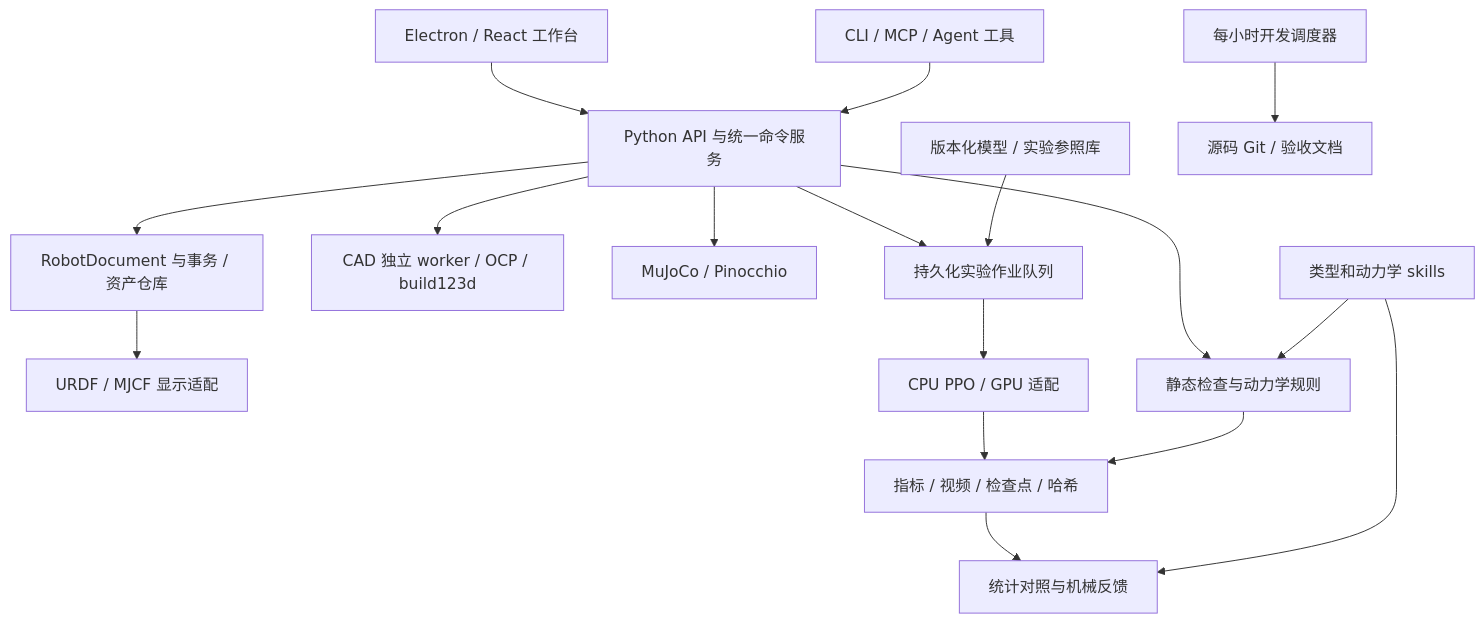
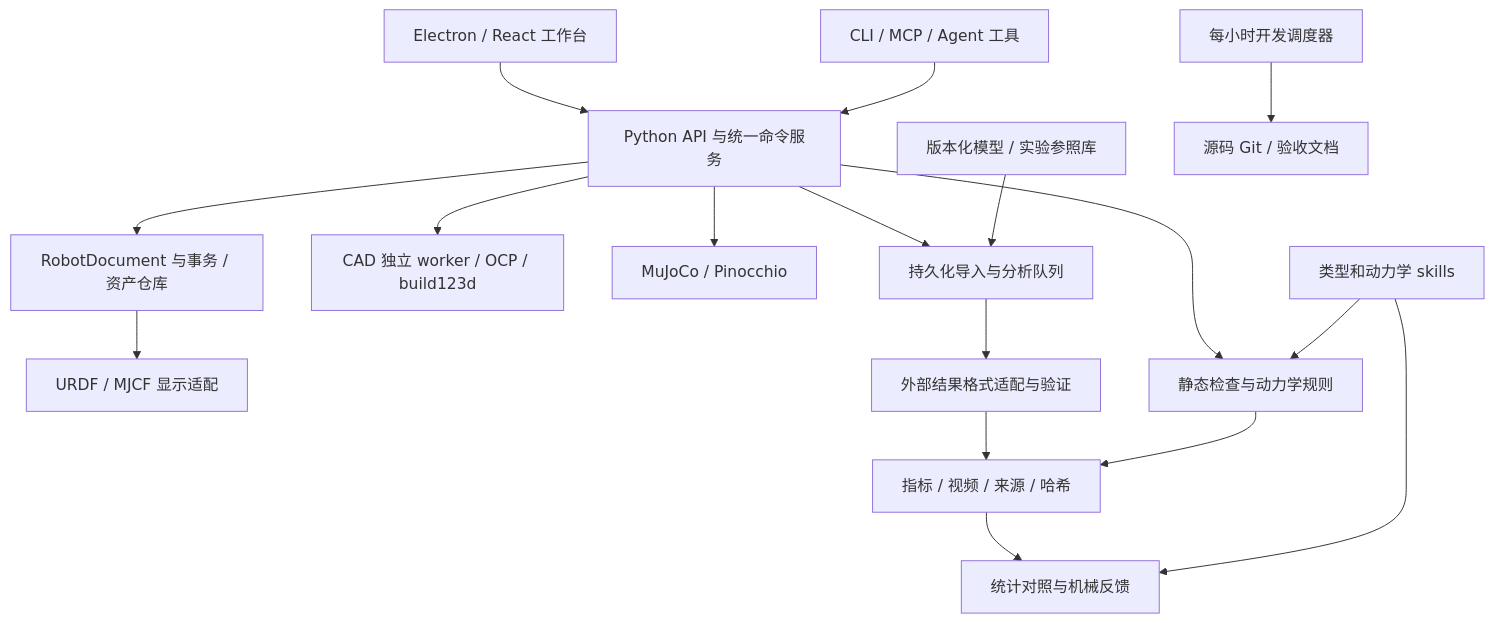
The diagram in docs/ARCHITECTURE.md (qyw23AI/URDFTools), drawn with Mermaid before and after one commit. The commit also changed other lines of this file and 37 other files, not shown here.

Commit message:
Revise external results architecture and lower scheduler reasoning budgets

````diff
--- a/docs/ARCHITECTURE.md
+++ b/docs/ARCHITECTURE.md
@@ -32,19 +32,19 @@
 ```mermaid
 flowchart TD
   UI[Electron / React 工作台] --> API[Python API 与统一命令服务]
   CLI[CLI / MCP / Agent 工具] --> API
   API --> CORE[RobotDocument 与事务 / 资产仓库]
   CORE --> VIEW[URDF / MJCF 显示适配]
   API --> CAD[CAD 独立 worker / OCP / build123d]
   API --> RULE[静态检查与动力学规则]
   API --> SIM[MuJoCo / Pinocchio]
-  API --> JOB[持久化实验作业队列]
-  JOB --> RL[CPU PPO / GPU 适配]
-  RL --> EVID[指标 / 视频 / 检查点 / 哈希]
+  API --> JOB[持久化导入与分析队列]
+  JOB --> RL[外部结果格式适配与验证]
+  RL --> EVID[指标 / 视频 / 来源 / 哈希]
   RULE --> EVID
   EVID --> REPORT[统计对照与机械反馈]
   SKILL[类型和动力学 skills] --> RULE
   SKILL --> REPORT
   REF[版本化模型 / 实验参照库] --> JOB
   DEV[每小时开发调度器] --> GIT[源码 Git / 验收文档]
 ```
````
